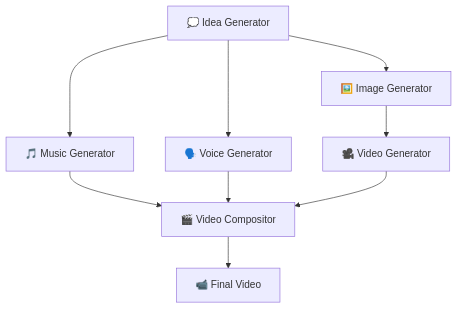
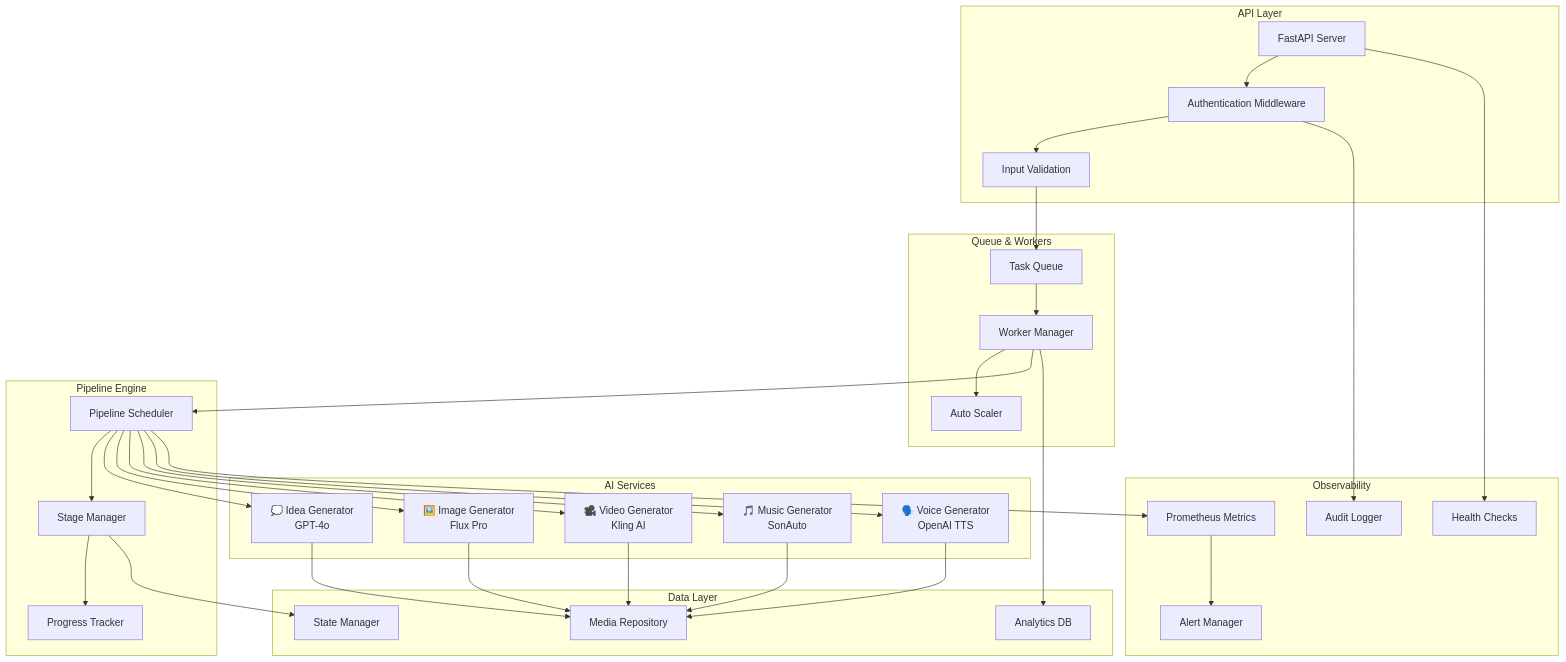
The diagram in README.md (JackSmack1971/ai-video-pipeline), drawn with Mermaid before and after one commit. The commit also changed other lines of this file, not shown here.

````diff
--- a/README.md
+++ b/README.md
@@ -55,11 +72,59 @@
 ```mermaid
-graph TD
-    A[💭 Idea Generator] --> B[🖼️ Image Generator]
-    A --> C[🎵 Music Generator]
-    A --> D[🗣️ Voice Generator]
-    B --> E[🎥 Video Generator]
-    C --> F[🎬 Video Compositor]
-    D --> F
-    E --> F
-    F --> G[📹 Final Video]
+graph TB
+    subgraph "API Layer"
+        A[FastAPI Server] --> B[Authentication Middleware]
+        B --> C[Input Validation]
+    end
+    
+    subgraph "Queue & Workers"
+        C --> D[Task Queue]
+        D --> E[Worker Manager]
+        E --> F[Auto Scaler]
+    end
+    
+    subgraph "AI Services"
+        G[💭 Idea Generator<br/>GPT-4o]
+        H[🖼️ Image Generator<br/>Flux Pro]
+        I[🎥 Video Generator<br/>Kling AI]
+        J[🎵 Music Generator<br/>SonAuto]
+        K[🗣️ Voice Generator<br/>OpenAI TTS]
+    end
+    
+    subgraph "Pipeline Engine"
+        E --> L[Pipeline Scheduler]
+        L --> M[Stage Manager]
+        M --> N[Progress Tracker]
+    end
+    
+    subgraph "Data Layer"
+        O[Media Repository]
+        P[State Manager]
+        Q[Analytics DB]
+    end
+    
+    subgraph "Observability"
+        R[Prometheus Metrics]
+        S[Health Checks]
+        T[Audit Logger]
+        U[Alert Manager]
+    end
+    
+    L --> G
+    L --> H
+    L --> I
+    L --> J
+    L --> K
+    
+    G --> O
+    H --> O
+    I --> O
+    J --> O
+    K --> O
+    
+    M --> P
+    E --> Q
+    L --> R
+    A --> S
+    B --> T
+    R --> U
 ```
````
